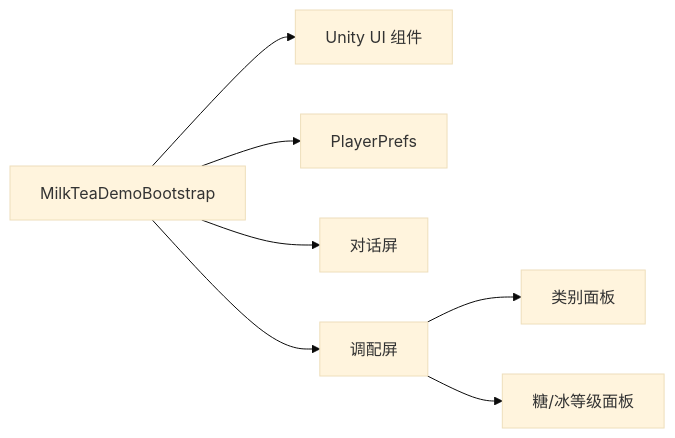
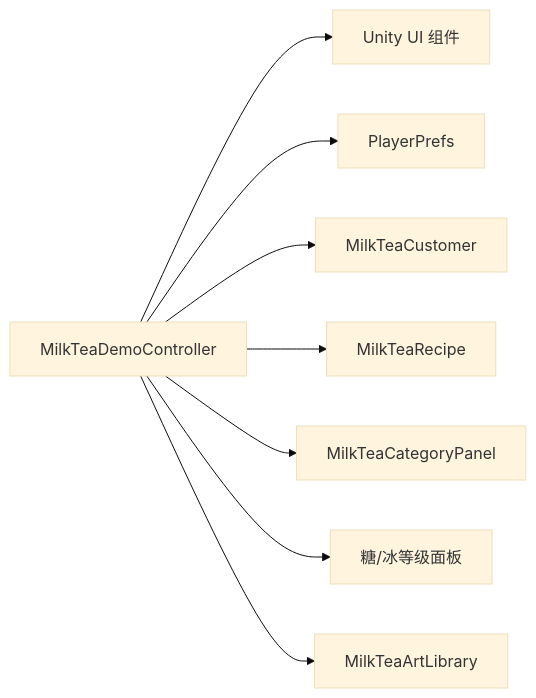
Before and after one commit to Thanatos42/-demo: the ninth of 9 diagrams in .qoder/repowiki/zh/content/原料管理机制.md, drawn with Mermaid (base theme). The commit also changed other lines of this file and 16 other files, not shown here.

````diff
--- a/.qoder/repowiki/zh/content/原料管理机制.md
+++ b/.qoder/repowiki/zh/content/原料管理机制.md
@@ -292,9 +364,10 @@
 ```mermaid
 graph LR
-Bootstrap["MilkTeaDemoBootstrap"] --> UI["Unity UI 组件"]
-Bootstrap --> Storage["PlayerPrefs"]
-Bootstrap --> Dialogue["对话屏"]
-Bootstrap --> Mixing["调配屏"]
-Mixing --> Category["类别面板"]
-Mixing --> Levels["糖/冰等级面板"]
+Controller["MilkTeaDemoController"] --> UI["Unity UI 组件"]
+Controller --> Storage["PlayerPrefs"]
+Controller --> Customer["MilkTeaCustomer"]
+Controller --> Recipe["MilkTeaRecipe"]
+Controller --> Category["MilkTeaCategoryPanel"]
+Controller --> Levels["糖/冰等级面板"]
+Controller --> ArtLibrary["MilkTeaArtLibrary"]
 ```
````
